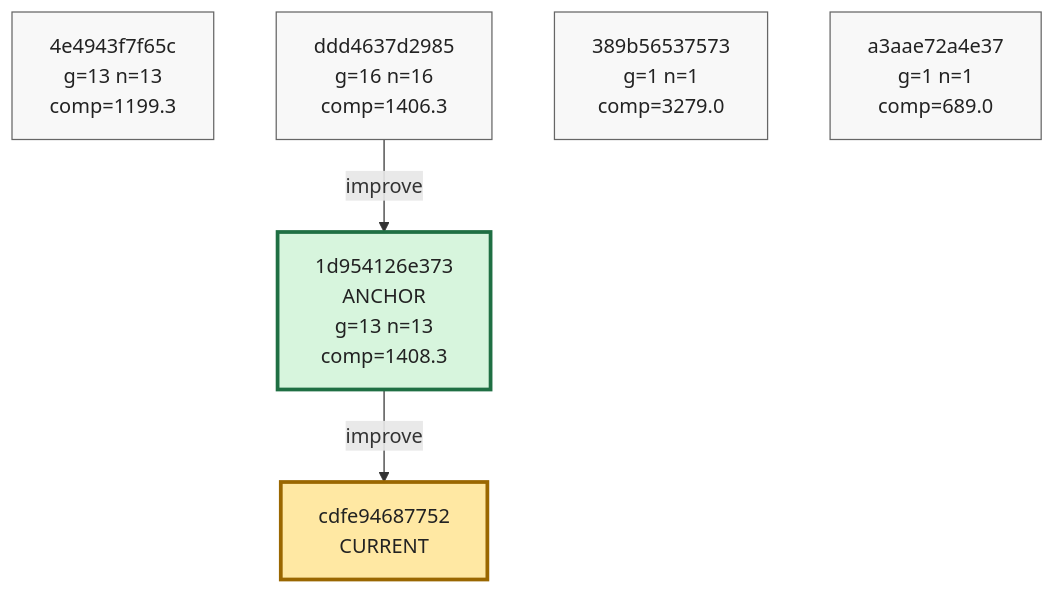
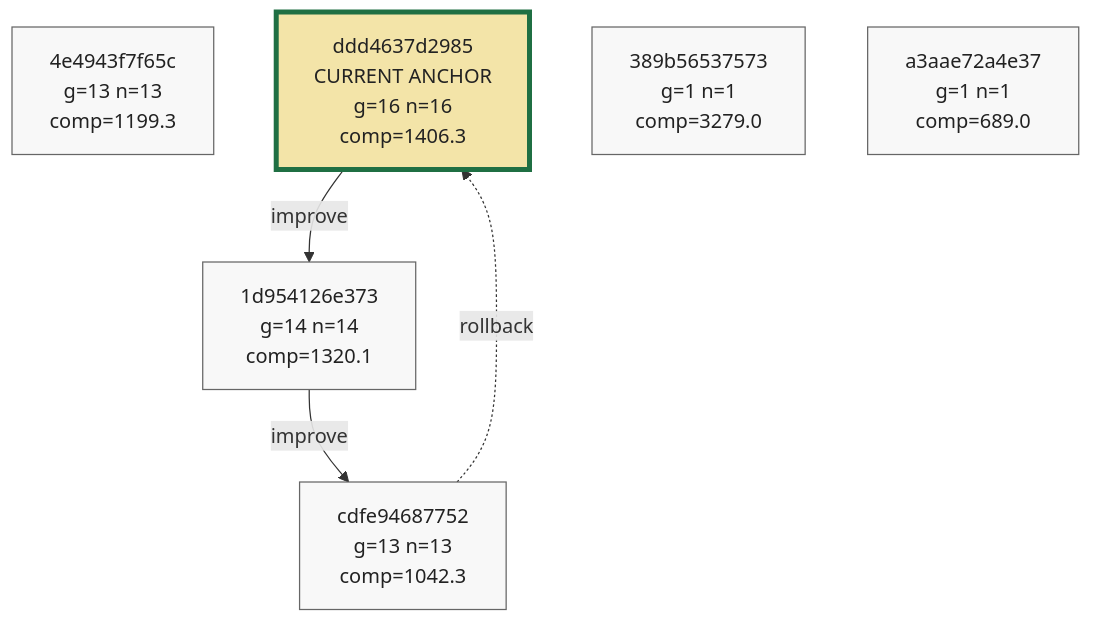
The ninth of 9 diagrams in phyrogenetic-tree.md (azumag/soviet_now), drawn with Mermaid before and after one commit. The commit also changed other lines of this file and 2 other files, not shown here.

````diff
--- a/phyrogenetic-tree.md
+++ b/phyrogenetic-tree.md
@@ -2234,24 +2235,25 @@
 ```mermaid
 flowchart TD
     h_4e4943f7f65c["4e4943f7f65c<br/>g=13 n=13<br/>comp=1199.3"]
-    h_ddd4637d2985["ddd4637d2985<br/>g=16 n=16<br/>comp=1406.3"]
-    h_1d954126e373["1d954126e373<br/>ANCHOR<br/>g=13 n=13<br/>comp=1408.3"]
+    h_ddd4637d2985["ddd4637d2985<br/>CURRENT ANCHOR<br/>g=16 n=16<br/>comp=1406.3"]
+    h_1d954126e373["1d954126e373<br/>g=14 n=14<br/>comp=1320.1"]
+    h_cdfe94687752["cdfe94687752<br/>g=13 n=13<br/>comp=1042.3"]
     h_389b56537573["389b56537573<br/>g=1 n=1<br/>comp=3279.0"]
     h_a3aae72a4e37["a3aae72a4e37<br/>g=1 n=1<br/>comp=689.0"]
-    h_cdfe94687752["cdfe94687752<br/>CURRENT"]
 
     h_ddd4637d2985 -->|improve| h_1d954126e373
     h_1d954126e373 -->|improve| h_cdfe94687752
+    h_cdfe94687752 -. rollback .-> h_ddd4637d2985
 
     classDef plain fill:#f8f8f8,stroke:#666,stroke-width:1px,color:#222;
     classDef current fill:#ffe8a3,stroke:#9a6700,stroke-width:3px,color:#222;
     classDef anchor fill:#d7f5dd,stroke:#1f6f43,stroke-width:3px,color:#222;
     classDef current_anchor fill:#f3e4a8,stroke:#1f6f43,stroke-width:4px,color:#222;
 
     class h_4e4943f7f65c plain;
-    class h_ddd4637d2985 plain;
-    class h_1d954126e373 anchor;
+    class h_ddd4637d2985 current_anchor;
+    class h_1d954126e373 plain;
+    class h_cdfe94687752 plain;
     class h_389b56537573 plain;
     class h_a3aae72a4e37 plain;
-    class h_cdfe94687752 current;
 ```
````
